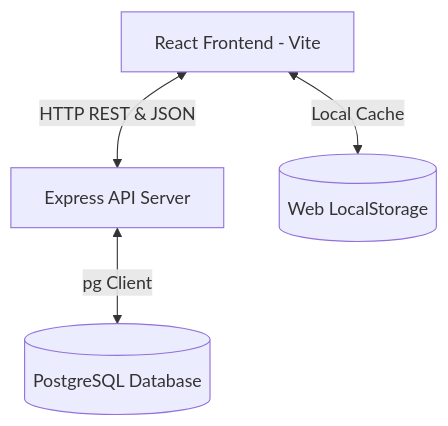
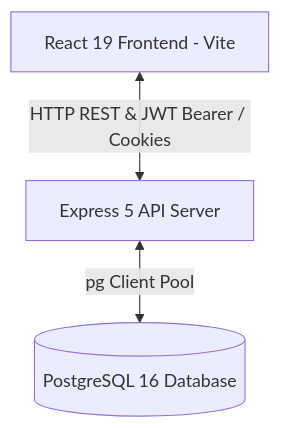
One commit to Excaxlibur2901/campusflow-erp changed the diagram in README.md. Above: the diagram before and after it, drawn with Mermaid. The commit also changed other lines of this file and 32 other files, not shown here.

````diff
--- a/README.md
+++ b/README.md
@@ -19,6 +24,5 @@
 ```mermaid
 graph TD
-    Client[React Frontend - Vite] <-->|HTTP REST & JSON| ExpressApp[Express API Server]
-    ExpressApp <-->|pg Client| Postgres[(PostgreSQL Database)]
-    Client <-->|Local Cache| LocalStorage[(Web LocalStorage)]
+    Client[React 19 Frontend - Vite] <-->|HTTP REST & JWT Bearer / Cookies| ExpressApp[Express 5 API Server]
+    ExpressApp <-->|pg Client Pool| Postgres[(PostgreSQL 16 Database)]
 ```
````
